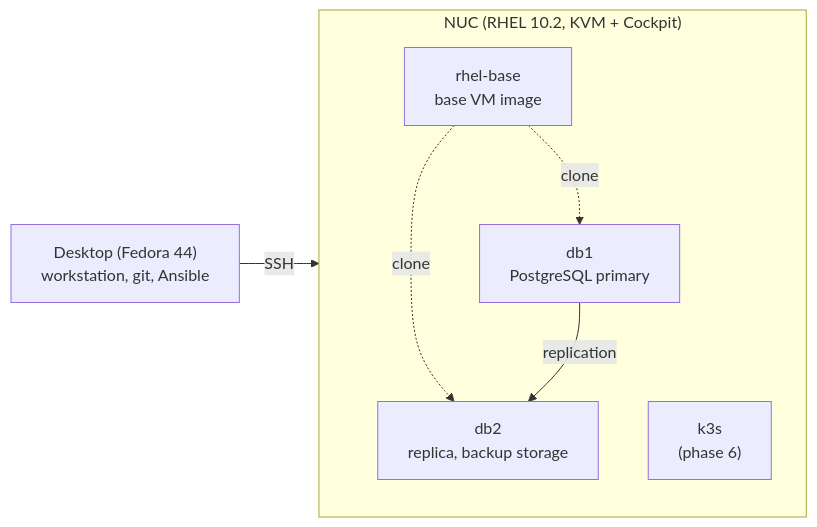
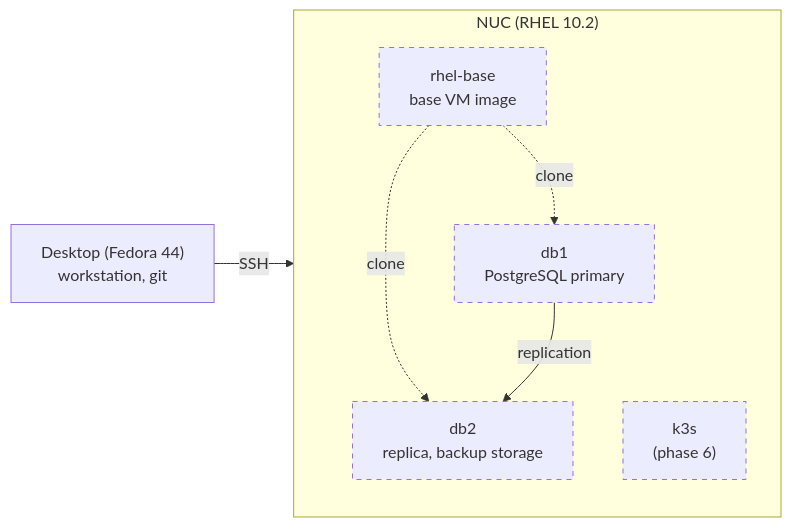
The diagram in README.md (marin-orejas/rhel-data-platform), drawn with Mermaid before and after one commit. The commit also changed other lines of this file and 2 other files, not shown here.

Commit message:
docs: mark NUC install as done
Tick the finished phase 0 steps and show which parts of the lab
are built and which are still planned.

````diff
--- a/README.md
+++ b/README.md
@@ -13,14 +13,16 @@
 ```mermaid
 flowchart LR
-    desk["Desktop (Fedora 44)<br/>workstation, git, Ansible"]
-    subgraph nuc["NUC (RHEL 10.2, KVM + Cockpit)"]
+    desk["Desktop (Fedora 44)<br/>workstation, git"]
+    subgraph nuc["NUC (RHEL 10.2)"]
         base["rhel-base<br/>base VM image"]
         db1["db1<br/>PostgreSQL primary"]
         db2["db2<br/>replica, backup storage"]
         k3s["k3s<br/>(phase 6)"]
         base -. clone .-> db1
         base -. clone .-> db2
         db1 -- replication --> db2
     end
     desk -- SSH --> nuc
+    classDef planned stroke-dasharray: 5 5
+    class base,db1,db2,k3s planned
 ```
````
